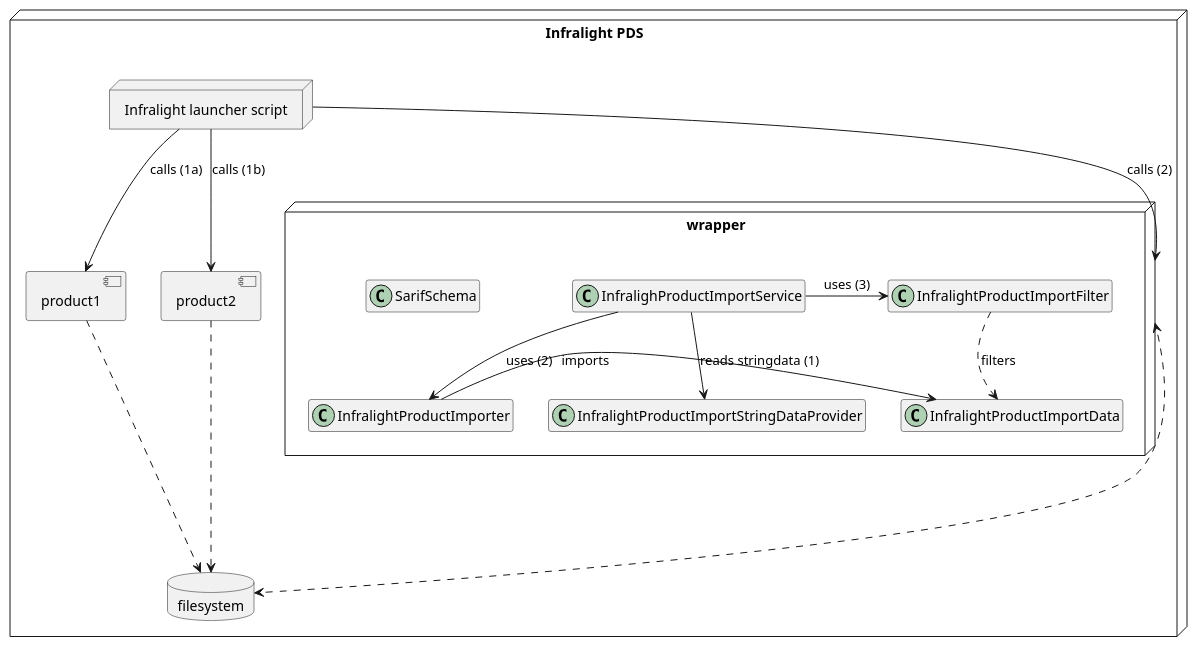
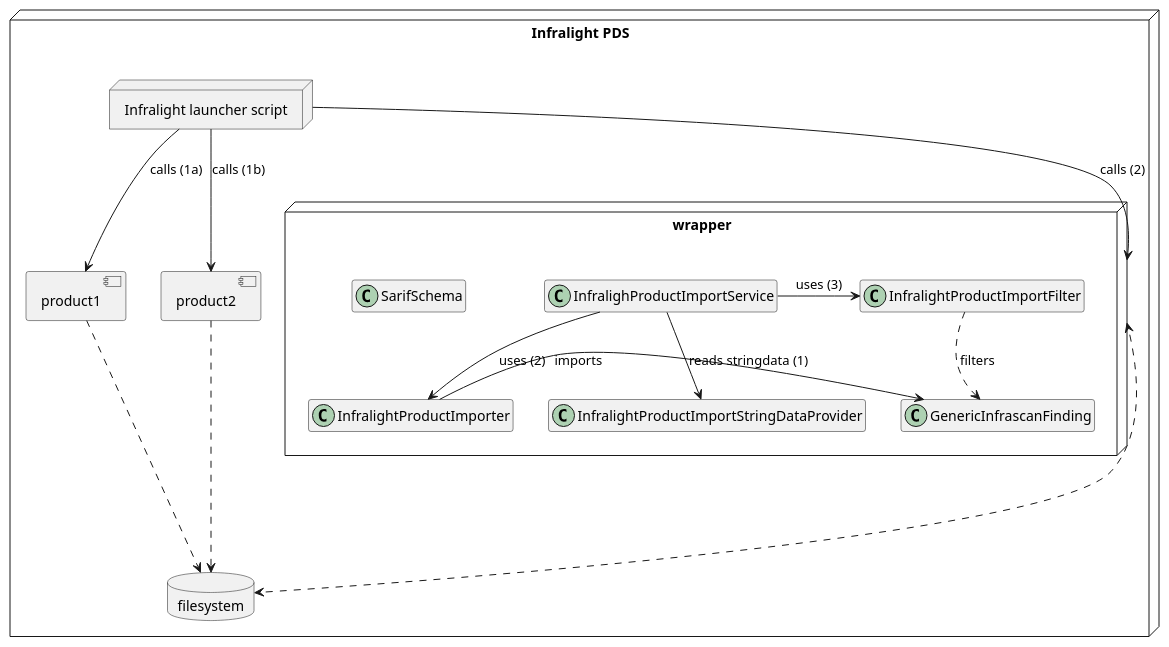
The diagram in sechub-wrapper-infralight/overview.puml (mercedes-benz/sechub), drawn with PlantUML before and after one commit. The commit also changed 23 other files, not shown here.

Commit message:
Sereco import + generic infrascan result #4266

```diff
--- a/sechub-wrapper-infralight/overview.puml
+++ b/sechub-wrapper-infralight/overview.puml
@@ -1,55 +1,55 @@
 @startuml
 
 'Hide empty parts:
 hide empty fields
 hide empty methods
 
 'You can find more examles at https://plantuml.com/class-diagram
 
 
 
 node InfralightPDS as "Infralight PDS" {
 
 	database filesystem {
 	
 	}
 	node script as "Infralight launcher script" {
 	}
 
 
 	component product1 {
 	}
 	
 	component product2 {
 	}
 	script --> product1 : calls (1a)
 	script --> product2 : calls (1b)
 	script --> wrapper : calls (2)
 	
 	product1 ....> filesystem
 	product2 ....> filesystem
 	wrapper <....> filesystem
 
 
 	node wrapper {
 	
 		class SarifSchema {
 		}
 	
 		class InfralightProductImporter {
 		}
 		
 		
 		class InfralightProductImportFilter {
 		}
 		
-		InfralightProductImporter -> InfralightProductImportData : imports 
-		InfralightProductImportFilter ..> InfralightProductImportData : filters
+		InfralightProductImporter -> GenericInfrascanFinding : imports 
+		InfralightProductImportFilter ..> GenericInfrascanFinding : filters
 		
 		InfralighProductImportService --> InfralightProductImportStringDataProvider : reads stringdata (1)
 		InfralighProductImportService --> InfralightProductImporter : uses (2)
 		InfralighProductImportService -> InfralightProductImportFilter: uses (3)
 	}
 
 }
 @enduml
```
